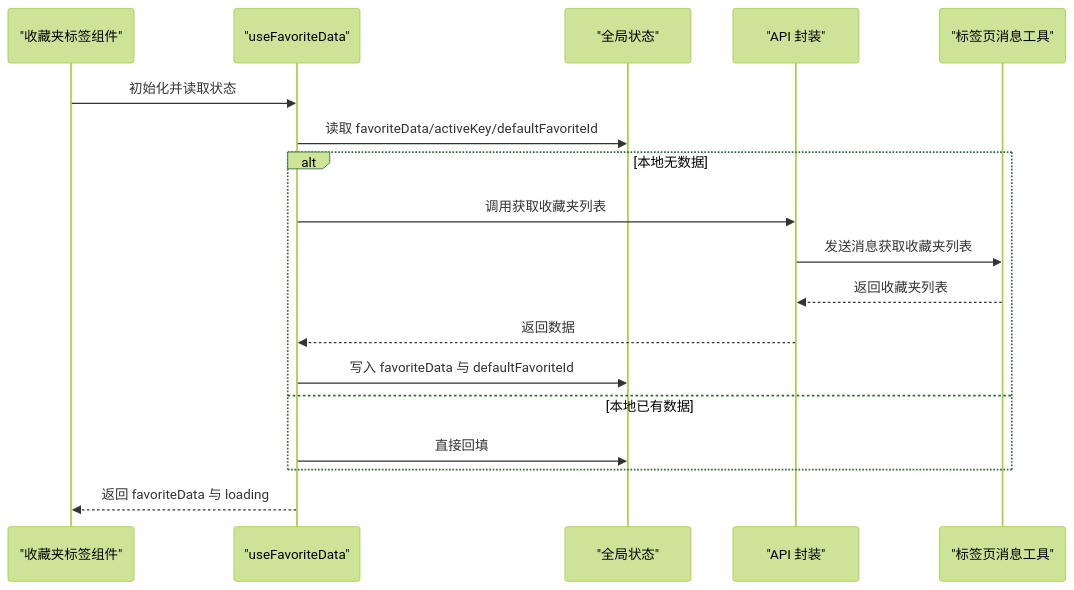
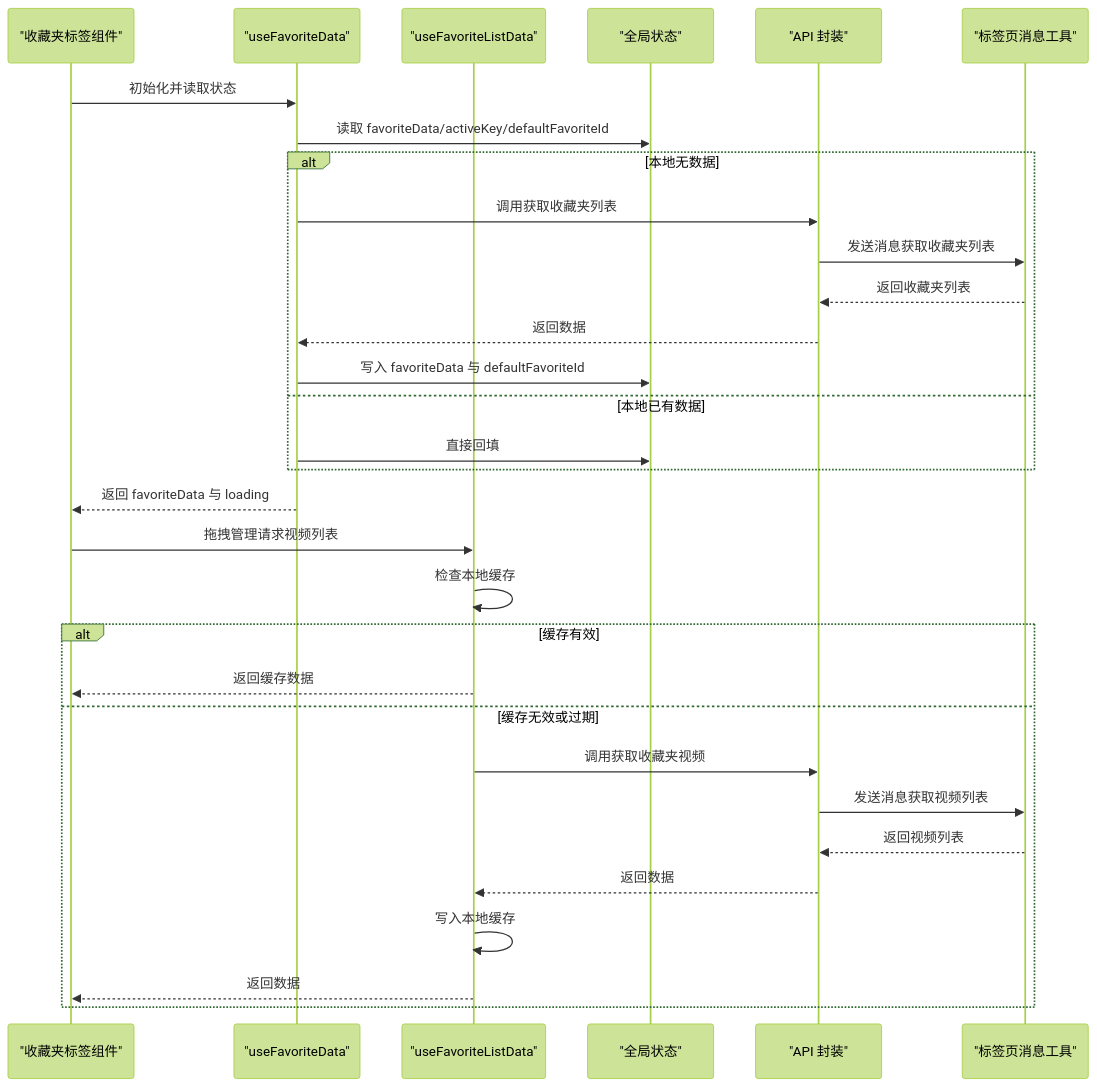
Before and after one commit to RadiumAg/bilibili-favorites: the second of 10 diagrams in .qoder/repowiki/zh/content/核心功能模块/收藏夹管理系统.md, drawn with Mermaid (forest theme). The commit also changed other lines of this file and 5 other files, not shown here.

````diff
--- a/.qoder/repowiki/zh/content/核心功能模块/收藏夹管理系统.md
+++ b/.qoder/repowiki/zh/content/核心功能模块/收藏夹管理系统.md
@@ -119,20 +149,33 @@
 ```mermaid
 sequenceDiagram
 participant UI as "收藏夹标签组件"
 participant Hook as "useFavoriteData"
+participant ListHook as "useFavoriteListData"
 participant Store as "全局状态"
 participant API as "API 封装"
 participant Tab as "标签页消息工具"
 UI->>Hook : 初始化并读取状态
 Hook->>Store : 读取 favoriteData/activeKey/defaultFavoriteId
 alt 本地无数据
 Hook->>API : 调用获取收藏夹列表
 API->>Tab : 发送消息获取收藏夹列表
 Tab-->>API : 返回收藏夹列表
 API-->>Hook : 返回数据
 Hook->>Store : 写入 favoriteData 与 defaultFavoriteId
 else 本地已有数据
 Hook->>Store : 直接回填
 end
 Hook-->>UI : 返回 favoriteData 与 loading
+UI->>ListHook : 拖拽管理请求视频列表
+ListHook->>ListHook : 检查本地缓存
+alt 缓存有效
+ListHook-->>UI : 返回缓存数据
+else 缓存无效或过期
+ListHook->>API : 调用获取收藏夹视频
+API->>Tab : 发送消息获取视频列表
+Tab-->>API : 返回视频列表
+API-->>ListHook : 返回数据
+ListHook->>ListHook : 写入本地缓存
+ListHook-->>UI : 返回数据
+end
 ```
````
